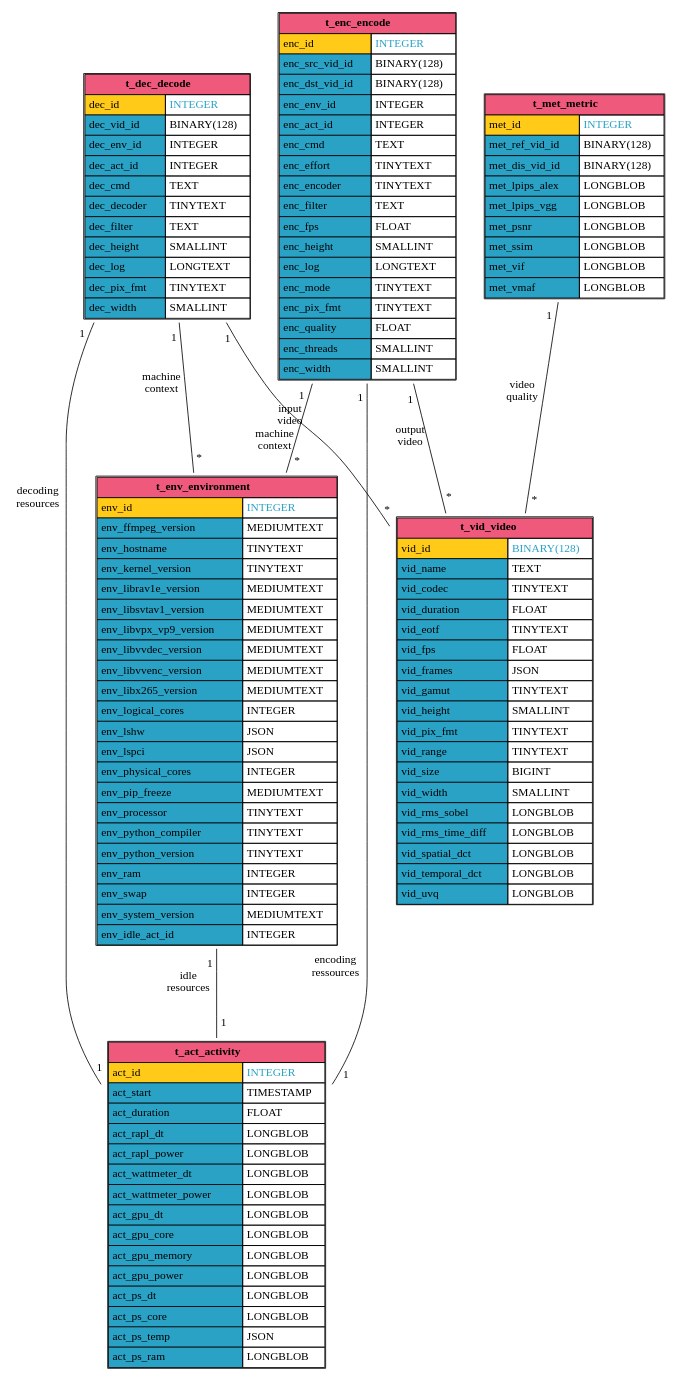
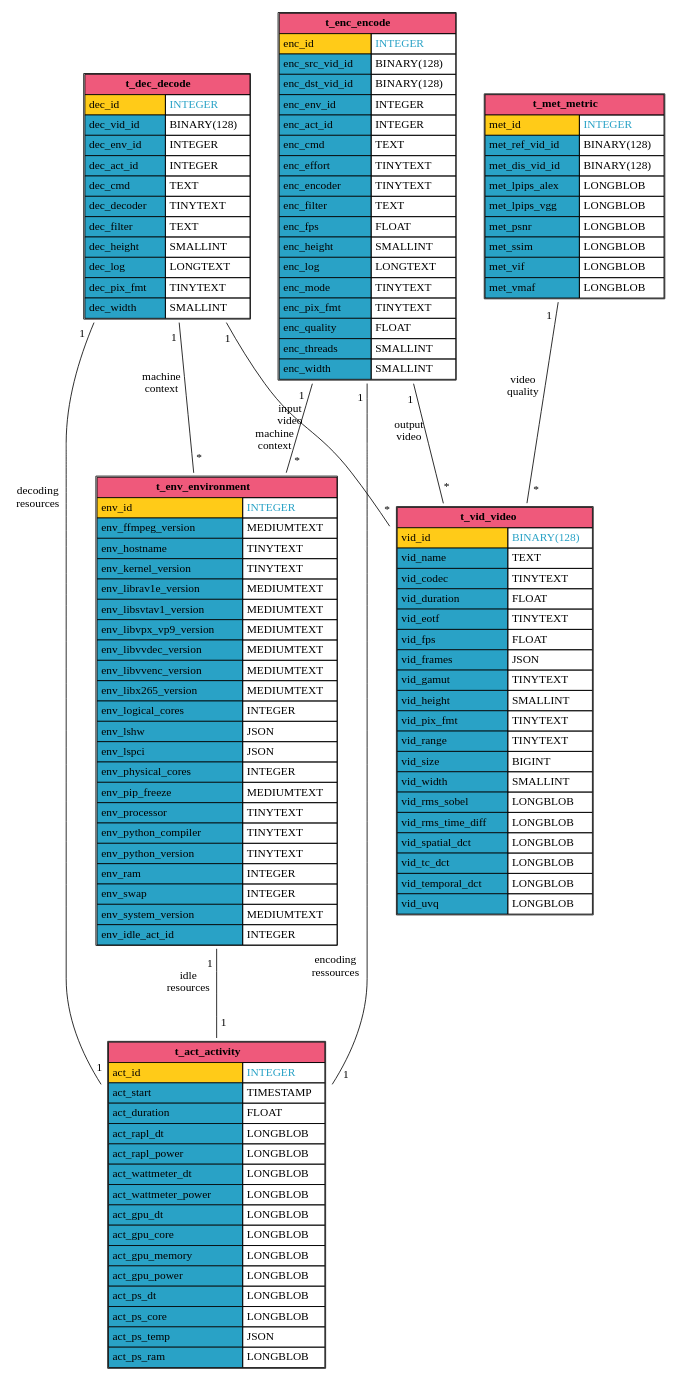
The diagram in docs/media/sql_database.dot (robinechuca/mendevi), drawn with Graphviz before and after one commit. The commit also changed 10 other files, not shown here.

```diff
--- a/docs/media/sql_database.dot
+++ b/docs/media/sql_database.dot
@@ -1,147 +1,148 @@
 # dot -Tpdf sql_database.dot -o /tmp/sql_database.pdf && pdfcrop /tmp/sql_database.pdf sql_database.pdf
 # dot -Tsvg sql_database.dot > sql_database.svg
 graph database {
   node [shape=plaintext]
   t_act_activity [
     label=<
       <TABLE BORDER="1" CELLBORDER="1" CELLSPACING="0" CELLPADDING="4">
         <TR><TD COLSPAN="2" BGCOLOR="#ef597b"><B>t_act_activity</B></TD></TR>
         <TR><TD ALIGN="LEFT" BGCOLOR="#ffcb18">act_id</TD><TD ALIGN="LEFT"><FONT COLOR="#29a2c6">INTEGER</FONT></TD></TR>
         <TR><TD ALIGN="LEFT" BGCOLOR="#29a2c6">act_start</TD><TD ALIGN="LEFT">TIMESTAMP</TD></TR>
         <TR><TD ALIGN="LEFT" BGCOLOR="#29a2c6">act_duration</TD><TD ALIGN="LEFT">FLOAT</TD></TR>
         <TR><TD ALIGN="LEFT" BGCOLOR="#29a2c6">act_rapl_dt</TD><TD ALIGN="LEFT">LONGBLOB</TD></TR>
         <TR><TD ALIGN="LEFT" BGCOLOR="#29a2c6">act_rapl_power</TD><TD ALIGN="LEFT">LONGBLOB</TD></TR>
         <TR><TD ALIGN="LEFT" BGCOLOR="#29a2c6">act_wattmeter_dt</TD><TD ALIGN="LEFT">LONGBLOB</TD></TR>
         <TR><TD ALIGN="LEFT" BGCOLOR="#29a2c6">act_wattmeter_power</TD><TD ALIGN="LEFT">LONGBLOB</TD></TR>
         <TR><TD ALIGN="LEFT" BGCOLOR="#29a2c6">act_gpu_dt</TD><TD ALIGN="LEFT">LONGBLOB</TD></TR>
         <TR><TD ALIGN="LEFT" BGCOLOR="#29a2c6">act_gpu_core</TD><TD ALIGN="LEFT">LONGBLOB</TD></TR>
         <TR><TD ALIGN="LEFT" BGCOLOR="#29a2c6">act_gpu_memory</TD><TD ALIGN="LEFT">LONGBLOB</TD></TR>
         <TR><TD ALIGN="LEFT" BGCOLOR="#29a2c6">act_gpu_power</TD><TD ALIGN="LEFT">LONGBLOB</TD></TR>
         <TR><TD ALIGN="LEFT" BGCOLOR="#29a2c6">act_ps_dt</TD><TD ALIGN="LEFT">LONGBLOB</TD></TR>
         <TR><TD ALIGN="LEFT" BGCOLOR="#29a2c6">act_ps_core</TD><TD ALIGN="LEFT">LONGBLOB</TD></TR>
         <TR><TD ALIGN="LEFT" BGCOLOR="#29a2c6">act_ps_temp</TD><TD ALIGN="LEFT">JSON</TD></TR>
         <TR><TD ALIGN="LEFT" BGCOLOR="#29a2c6">act_ps_ram</TD><TD ALIGN="LEFT">LONGBLOB</TD></TR>
       </TABLE>
     >
   ];
   t_vid_video [
     label=<
       <TABLE BORDER="1" CELLBORDER="1" CELLSPACING="0" CELLPADDING="4">
         <TR><TD COLSPAN="2" BGCOLOR="#ef597b"><B>t_vid_video</B></TD></TR>
         <TR><TD ALIGN="LEFT" BGCOLOR="#ffcb18">vid_id</TD><TD ALIGN="LEFT"><FONT COLOR="#29a2c6">BINARY(128)</FONT></TD></TR>
         <TR><TD ALIGN="LEFT" BGCOLOR="#29a2c6">vid_name</TD><TD ALIGN="LEFT">TEXT</TD></TR>
         <TR><TD ALIGN="LEFT" BGCOLOR="#29a2c6">vid_codec</TD><TD ALIGN="LEFT">TINYTEXT</TD></TR>
         <TR><TD ALIGN="LEFT" BGCOLOR="#29a2c6">vid_duration</TD><TD ALIGN="LEFT">FLOAT</TD></TR>
         <TR><TD ALIGN="LEFT" BGCOLOR="#29a2c6">vid_eotf</TD><TD ALIGN="LEFT">TINYTEXT</TD></TR>
         <TR><TD ALIGN="LEFT" BGCOLOR="#29a2c6">vid_fps</TD><TD ALIGN="LEFT">FLOAT</TD></TR>
         <TR><TD ALIGN="LEFT" BGCOLOR="#29a2c6">vid_frames</TD><TD ALIGN="LEFT">JSON</TD></TR>
         <TR><TD ALIGN="LEFT" BGCOLOR="#29a2c6">vid_gamut</TD><TD ALIGN="LEFT">TINYTEXT</TD></TR>
         <TR><TD ALIGN="LEFT" BGCOLOR="#29a2c6">vid_height</TD><TD ALIGN="LEFT">SMALLINT</TD></TR>
         <TR><TD ALIGN="LEFT" BGCOLOR="#29a2c6">vid_pix_fmt</TD><TD ALIGN="LEFT">TINYTEXT</TD></TR>
         <TR><TD ALIGN="LEFT" BGCOLOR="#29a2c6">vid_range</TD><TD ALIGN="LEFT">TINYTEXT</TD></TR>
         <TR><TD ALIGN="LEFT" BGCOLOR="#29a2c6">vid_size</TD><TD ALIGN="LEFT">BIGINT</TD></TR>
         <TR><TD ALIGN="LEFT" BGCOLOR="#29a2c6">vid_width</TD><TD ALIGN="LEFT">SMALLINT</TD></TR>
         <TR><TD ALIGN="LEFT" BGCOLOR="#29a2c6">vid_rms_sobel</TD><TD ALIGN="LEFT">LONGBLOB</TD></TR>
         <TR><TD ALIGN="LEFT" BGCOLOR="#29a2c6">vid_rms_time_diff</TD><TD ALIGN="LEFT">LONGBLOB</TD></TR>
         <TR><TD ALIGN="LEFT" BGCOLOR="#29a2c6">vid_spatial_dct</TD><TD ALIGN="LEFT">LONGBLOB</TD></TR>
+        <TR><TD ALIGN="LEFT" BGCOLOR="#29a2c6">vid_tc_dct</TD><TD ALIGN="LEFT">LONGBLOB</TD></TR>
         <TR><TD ALIGN="LEFT" BGCOLOR="#29a2c6">vid_temporal_dct</TD><TD ALIGN="LEFT">LONGBLOB</TD></TR>
         <TR><TD ALIGN="LEFT" BGCOLOR="#29a2c6">vid_uvq</TD><TD ALIGN="LEFT">LONGBLOB</TD></TR>
       </TABLE>
     >
   ];
   t_met_metric [
     label=<
       <TABLE BORDER="1" CELLBORDER="1" CELLSPACING="0" CELLPADDING="4">
         <TR><TD COLSPAN="2" BGCOLOR="#ef597b"><B>t_met_metric</B></TD></TR>
         <TR><TD ALIGN="LEFT" BGCOLOR="#ffcb18">met_id</TD><TD ALIGN="LEFT"><FONT COLOR="#29a2c6">INTEGER</FONT></TD></TR>
         <TR><TD ALIGN="LEFT" BGCOLOR="#29a2c6">met_ref_vid_id</TD><TD ALIGN="LEFT">BINARY(128)</TD></TR>
         <TR><TD ALIGN="LEFT" BGCOLOR="#29a2c6">met_dis_vid_id</TD><TD ALIGN="LEFT">BINARY(128)</TD></TR>
         <TR><TD ALIGN="LEFT" BGCOLOR="#29a2c6">met_lpips_alex</TD><TD ALIGN="LEFT">LONGBLOB</TD></TR>
         <TR><TD ALIGN="LEFT" BGCOLOR="#29a2c6">met_lpips_vgg</TD><TD ALIGN="LEFT">LONGBLOB</TD></TR>
         <TR><TD ALIGN="LEFT" BGCOLOR="#29a2c6">met_psnr</TD><TD ALIGN="LEFT">LONGBLOB</TD></TR>
         <TR><TD ALIGN="LEFT" BGCOLOR="#29a2c6">met_ssim</TD><TD ALIGN="LEFT">LONGBLOB</TD></TR>
         <TR><TD ALIGN="LEFT" BGCOLOR="#29a2c6">met_vif</TD><TD ALIGN="LEFT">LONGBLOB</TD></TR>
         <TR><TD ALIGN="LEFT" BGCOLOR="#29a2c6">met_vmaf</TD><TD ALIGN="LEFT">LONGBLOB</TD></TR>
       </TABLE>
     >
   ];
   t_env_environment [
     label=<
       <TABLE BORDER="1" CELLBORDER="1" CELLSPACING="0" CELLPADDING="4">
         <TR><TD COLSPAN="2" BGCOLOR="#ef597b"><B>t_env_environment</B></TD></TR>
         <TR><TD ALIGN="LEFT" BGCOLOR="#ffcb18">env_id</TD><TD ALIGN="LEFT"><FONT COLOR="#29a2c6">INTEGER</FONT></TD></TR>
         <TR><TD ALIGN="LEFT" BGCOLOR="#29a2c6">env_ffmpeg_version</TD><TD ALIGN="LEFT">MEDIUMTEXT</TD></TR>
         <TR><TD ALIGN="LEFT" BGCOLOR="#29a2c6">env_hostname</TD><TD ALIGN="LEFT">TINYTEXT</TD></TR>
         <TR><TD ALIGN="LEFT" BGCOLOR="#29a2c6">env_kernel_version</TD><TD ALIGN="LEFT">TINYTEXT</TD></TR>
         <TR><TD ALIGN="LEFT" BGCOLOR="#29a2c6">env_librav1e_version</TD><TD ALIGN="LEFT">MEDIUMTEXT</TD></TR>
         <TR><TD ALIGN="LEFT" BGCOLOR="#29a2c6">env_libsvtav1_version</TD><TD ALIGN="LEFT">MEDIUMTEXT</TD></TR>
         <TR><TD ALIGN="LEFT" BGCOLOR="#29a2c6">env_libvpx_vp9_version</TD><TD ALIGN="LEFT">MEDIUMTEXT</TD></TR>
         <TR><TD ALIGN="LEFT" BGCOLOR="#29a2c6">env_libvvdec_version</TD><TD ALIGN="LEFT">MEDIUMTEXT</TD></TR>
         <TR><TD ALIGN="LEFT" BGCOLOR="#29a2c6">env_libvvenc_version</TD><TD ALIGN="LEFT">MEDIUMTEXT</TD></TR>
         <TR><TD ALIGN="LEFT" BGCOLOR="#29a2c6">env_libx265_version</TD><TD ALIGN="LEFT">MEDIUMTEXT</TD></TR>
         <TR><TD ALIGN="LEFT" BGCOLOR="#29a2c6">env_logical_cores</TD><TD ALIGN="LEFT">INTEGER</TD></TR>
         <TR><TD ALIGN="LEFT" BGCOLOR="#29a2c6">env_lshw</TD><TD ALIGN="LEFT">JSON</TD></TR>
         <TR><TD ALIGN="LEFT" BGCOLOR="#29a2c6">env_lspci</TD><TD ALIGN="LEFT">JSON</TD></TR>
         <TR><TD ALIGN="LEFT" BGCOLOR="#29a2c6">env_physical_cores</TD><TD ALIGN="LEFT">INTEGER</TD></TR>
         <TR><TD ALIGN="LEFT" BGCOLOR="#29a2c6">env_pip_freeze</TD><TD ALIGN="LEFT">MEDIUMTEXT</TD></TR>
         <TR><TD ALIGN="LEFT" BGCOLOR="#29a2c6">env_processor</TD><TD ALIGN="LEFT">TINYTEXT</TD></TR>
         <TR><TD ALIGN="LEFT" BGCOLOR="#29a2c6">env_python_compiler</TD><TD ALIGN="LEFT">TINYTEXT</TD></TR>
         <TR><TD ALIGN="LEFT" BGCOLOR="#29a2c6">env_python_version</TD><TD ALIGN="LEFT">TINYTEXT</TD></TR>
         <TR><TD ALIGN="LEFT" BGCOLOR="#29a2c6">env_ram</TD><TD ALIGN="LEFT">INTEGER</TD></TR>
         <TR><TD ALIGN="LEFT" BGCOLOR="#29a2c6">env_swap</TD><TD ALIGN="LEFT">INTEGER</TD></TR>
         <TR><TD ALIGN="LEFT" BGCOLOR="#29a2c6">env_system_version</TD><TD ALIGN="LEFT">MEDIUMTEXT</TD></TR>
         <TR><TD ALIGN="LEFT" BGCOLOR="#29a2c6">env_idle_act_id</TD><TD ALIGN="LEFT">INTEGER</TD></TR>
       </TABLE>
     >
   ];
   t_dec_decode [
     label=<
       <TABLE BORDER="1" CELLBORDER="1" CELLSPACING="0" CELLPADDING="4">
         <TR><TD COLSPAN="2" BGCOLOR="#ef597b"><B>t_dec_decode</B></TD></TR>
         <TR><TD ALIGN="LEFT" BGCOLOR="#ffcb18">dec_id</TD><TD ALIGN="LEFT"><FONT COLOR="#29a2c6">INTEGER</FONT></TD></TR>
         <TR><TD ALIGN="LEFT" BGCOLOR="#29a2c6">dec_vid_id</TD><TD ALIGN="LEFT">BINARY(128)</TD></TR>
         <TR><TD ALIGN="LEFT" BGCOLOR="#29a2c6">dec_env_id</TD><TD ALIGN="LEFT">INTEGER</TD></TR>
         <TR><TD ALIGN="LEFT" BGCOLOR="#29a2c6">dec_act_id</TD><TD ALIGN="LEFT">INTEGER</TD></TR>
         <TR><TD ALIGN="LEFT" BGCOLOR="#29a2c6">dec_cmd</TD><TD ALIGN="LEFT">TEXT</TD></TR>
         <TR><TD ALIGN="LEFT" BGCOLOR="#29a2c6">dec_decoder</TD><TD ALIGN="LEFT">TINYTEXT</TD></TR>
         <TR><TD ALIGN="LEFT" BGCOLOR="#29a2c6">dec_filter</TD><TD ALIGN="LEFT">TEXT</TD></TR>
         <TR><TD ALIGN="LEFT" BGCOLOR="#29a2c6">dec_height</TD><TD ALIGN="LEFT">SMALLINT</TD></TR>
         <TR><TD ALIGN="LEFT" BGCOLOR="#29a2c6">dec_log</TD><TD ALIGN="LEFT">LONGTEXT</TD></TR>
         <TR><TD ALIGN="LEFT" BGCOLOR="#29a2c6">dec_pix_fmt</TD><TD ALIGN="LEFT">TINYTEXT</TD></TR>
         <TR><TD ALIGN="LEFT" BGCOLOR="#29a2c6">dec_width</TD><TD ALIGN="LEFT">SMALLINT</TD></TR>
       </TABLE>
     >
   ];
   t_enc_encode [
     label=<
       <TABLE BORDER="1" CELLBORDER="1" CELLSPACING="0" CELLPADDING="4">
         <TR><TD COLSPAN="2" BGCOLOR="#ef597b"><B>t_enc_encode</B></TD></TR>
         <TR><TD ALIGN="LEFT" BGCOLOR="#ffcb18">enc_id</TD><TD ALIGN="LEFT"><FONT COLOR="#29a2c6">INTEGER</FONT></TD></TR>
         <TR><TD ALIGN="LEFT" BGCOLOR="#29a2c6">enc_src_vid_id</TD><TD ALIGN="LEFT">BINARY(128)</TD></TR>
         <TR><TD ALIGN="LEFT" BGCOLOR="#29a2c6">enc_dst_vid_id</TD><TD ALIGN="LEFT">BINARY(128)</TD></TR>
         <TR><TD ALIGN="LEFT" BGCOLOR="#29a2c6">enc_env_id</TD><TD ALIGN="LEFT">INTEGER</TD></TR>
         <TR><TD ALIGN="LEFT" BGCOLOR="#29a2c6">enc_act_id</TD><TD ALIGN="LEFT">INTEGER</TD></TR>
         <TR><TD ALIGN="LEFT" BGCOLOR="#29a2c6">enc_cmd</TD><TD ALIGN="LEFT">TEXT</TD></TR>
         <TR><TD ALIGN="LEFT" BGCOLOR="#29a2c6">enc_effort</TD><TD ALIGN="LEFT">TINYTEXT</TD></TR>
         <TR><TD ALIGN="LEFT" BGCOLOR="#29a2c6">enc_encoder</TD><TD ALIGN="LEFT">TINYTEXT</TD></TR>
         <TR><TD ALIGN="LEFT" BGCOLOR="#29a2c6">enc_filter</TD><TD ALIGN="LEFT">TEXT</TD></TR>
         <TR><TD ALIGN="LEFT" BGCOLOR="#29a2c6">enc_fps</TD><TD ALIGN="LEFT">FLOAT</TD></TR>
         <TR><TD ALIGN="LEFT" BGCOLOR="#29a2c6">enc_height</TD><TD ALIGN="LEFT">SMALLINT</TD></TR>
         <TR><TD ALIGN="LEFT" BGCOLOR="#29a2c6">enc_log</TD><TD ALIGN="LEFT">LONGTEXT</TD></TR>
         <TR><TD ALIGN="LEFT" BGCOLOR="#29a2c6">enc_mode</TD><TD ALIGN="LEFT">TINYTEXT</TD></TR>
         <TR><TD ALIGN="LEFT" BGCOLOR="#29a2c6">enc_pix_fmt</TD><TD ALIGN="LEFT">TINYTEXT</TD></TR>
         <TR><TD ALIGN="LEFT" BGCOLOR="#29a2c6">enc_quality</TD><TD ALIGN="LEFT">FLOAT</TD></TR>
         <TR><TD ALIGN="LEFT" BGCOLOR="#29a2c6">enc_threads</TD><TD ALIGN="LEFT">SMALLINT</TD></TR>
         <TR><TD ALIGN="LEFT" BGCOLOR="#29a2c6">enc_width</TD><TD ALIGN="LEFT">SMALLINT</TD></TR>
       </TABLE>
     >
   ];
   t_enc_encode -- t_act_activity [minlen=3 taillabel="1" headlabel="1" xlabel="encoding\nressources" labeldistance=2.0]
   t_enc_encode -- t_env_environment [minlen=3 taillabel="1" headlabel="*" xlabel="machine\ncontext" labeldistance=2.0]
   t_enc_encode -- t_vid_video [minlen=3 taillabel="1" headlabel="*" xlabel="output\nvideo" labeldistance=2.0]
   t_met_metric -- t_vid_video [minlen=3 taillabel="1" headlabel="*" xlabel="video\nquality" labeldistance=2.0]
   t_dec_decode -- t_act_activity [minlen=3 taillabel="1" headlabel="1" xlabel="decoding\nresources" labeldistance=2.0]
   t_dec_decode -- t_env_environment [minlen=3 taillabel="1" headlabel="*" xlabel="machine\ncontext" labeldistance=2.0]
   t_dec_decode -- t_vid_video [minlen=3 taillabel="1" headlabel="*" xlabel="input\nvideo" labeldistance=2.0]
   t_env_environment -- t_act_activity [minlen=3 taillabel="1" headlabel="1" xlabel="idle\nresources" labeldistance=2.0]
 }
```
